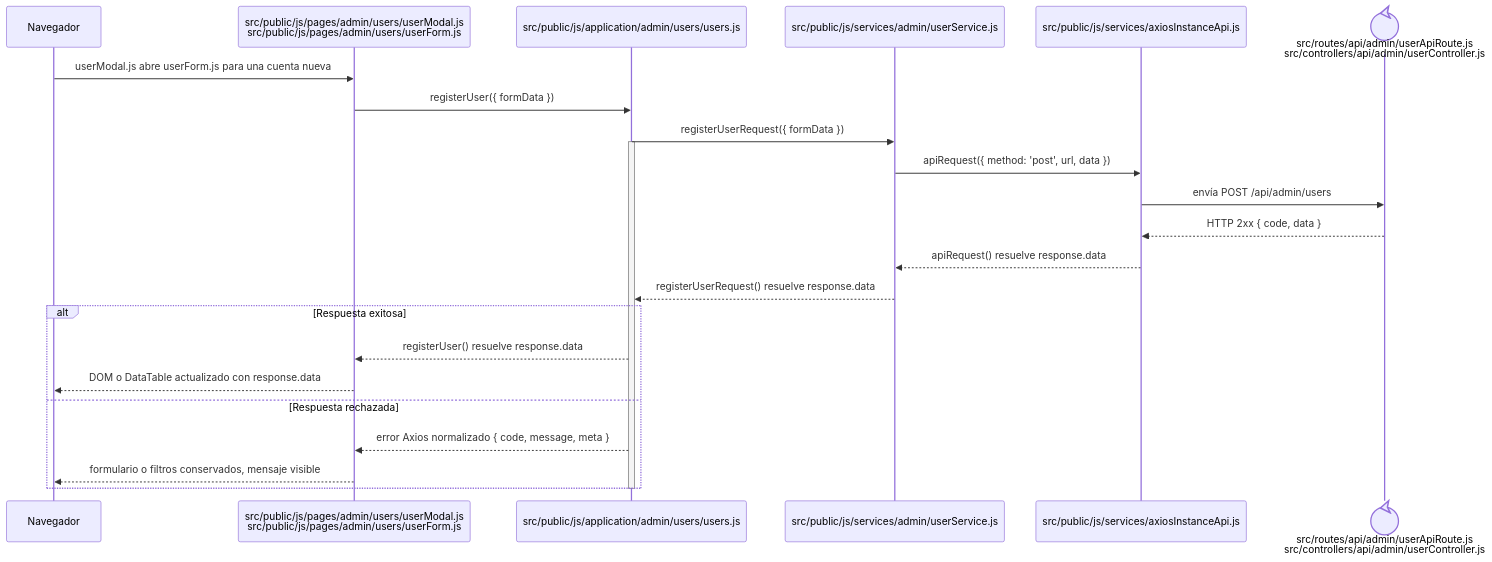
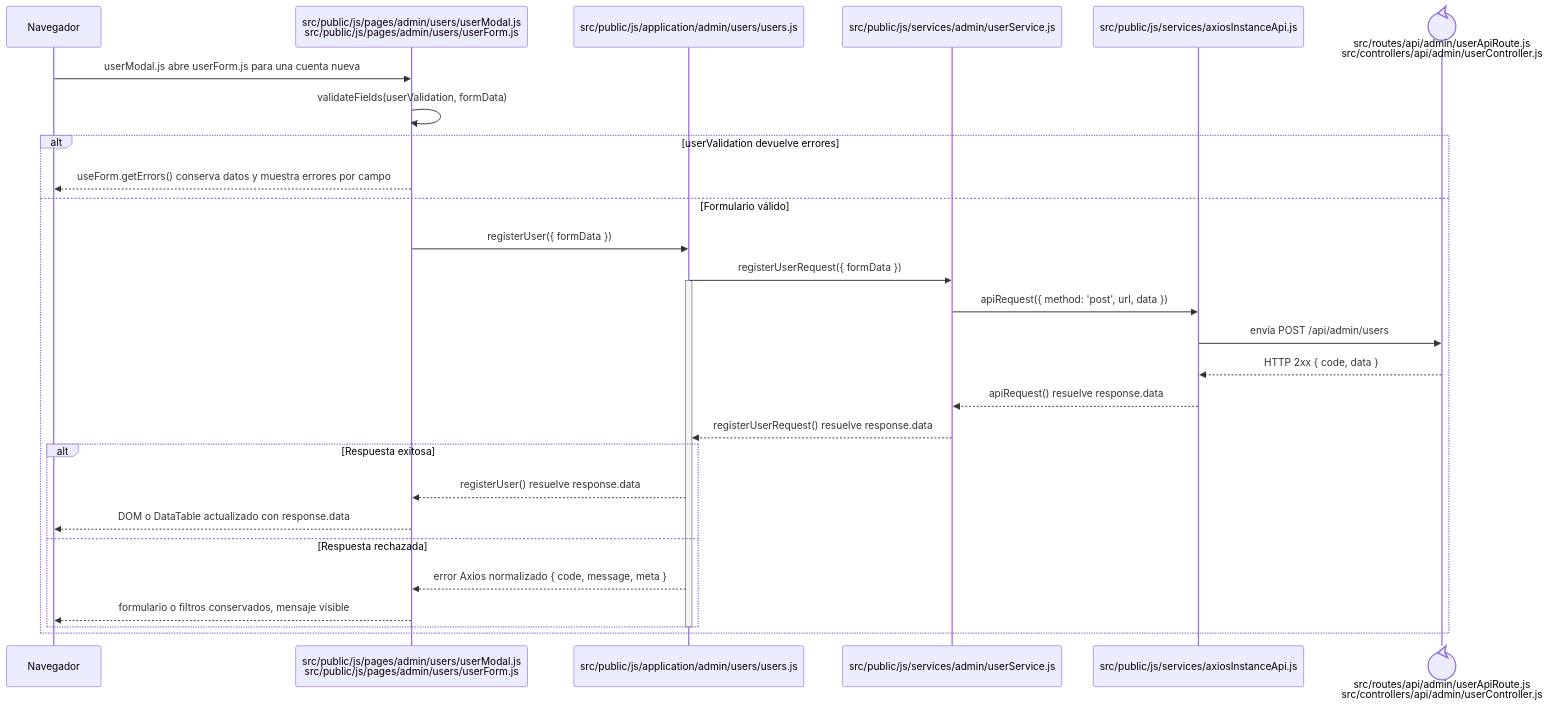
The diagram in docs/architecture/frontend-code-sequences/identity-access/cu-ida-06.md (gpgsistemas01/nexus), drawn with Mermaid before and after one commit. The commit also changed 102 other files, not shown here.

````diff
--- a/docs/architecture/frontend-code-sequences/identity-access/cu-ida-06.md
+++ b/docs/architecture/frontend-code-sequences/identity-access/cu-ida-06.md
@@ -6,27 +6,32 @@
 ```mermaid
 sequenceDiagram
     participant Browser as Navegador
     participant View as src/public/js/pages/admin/users/userModal.js<br/>src/public/js/pages/admin/users/userForm.js
     participant Application as src/public/js/application/admin/users/users.js
     participant Request as src/public/js/services/admin/userService.js
     participant HTTP as src/public/js/services/axiosInstanceApi.js
     participant Transport@{ "type": "control" } as src/routes/api/admin/userApiRoute.js<br/>src/controllers/api/admin/userController.js
 
     Browser->>View: userModal.js abre userForm.js para una cuenta nueva
-    View->>Application: registerUser({ formData })
-    Application->>Request: registerUserRequest({ formData })
-    activate Application
-    Request->>HTTP: apiRequest({ method: 'post', url, data })
-    HTTP->>Transport: envía POST /api/admin/users
-    Transport-->>HTTP: HTTP 2xx { code, data }
-    HTTP-->>Request: apiRequest() resuelve response.data
-    Request-->>Application: registerUserRequest() resuelve response.data
-    alt Respuesta exitosa
-        Application-->>View: registerUser() resuelve response.data
-        View-->>Browser: DOM o DataTable actualizado con response.data
-    else Respuesta rechazada
-        Application-->>View: error Axios normalizado { code, message, meta }
-        View-->>Browser: formulario o filtros conservados, mensaje visible
+    View->>View: validateFields(userValidation, formData)
+    alt userValidation devuelve errores
+        View-->>Browser: useForm.getErrors() conserva datos y muestra errores por campo
+    else Formulario válido
+        View->>Application: registerUser({ formData })
+        Application->>Request: registerUserRequest({ formData })
+        activate Application
+        Request->>HTTP: apiRequest({ method: 'post', url, data })
+        HTTP->>Transport: envía POST /api/admin/users
+        Transport-->>HTTP: HTTP 2xx { code, data }
+        HTTP-->>Request: apiRequest() resuelve response.data
+        Request-->>Application: registerUserRequest() resuelve response.data
+        alt Respuesta exitosa
+            Application-->>View: registerUser() resuelve response.data
+            View-->>Browser: DOM o DataTable actualizado con response.data
+        else Respuesta rechazada
+            Application-->>View: error Axios normalizado { code, message, meta }
+            View-->>Browser: formulario o filtros conservados, mensaje visible
+        end
+        deactivate Application
     end
-    deactivate Application
 ```
````
